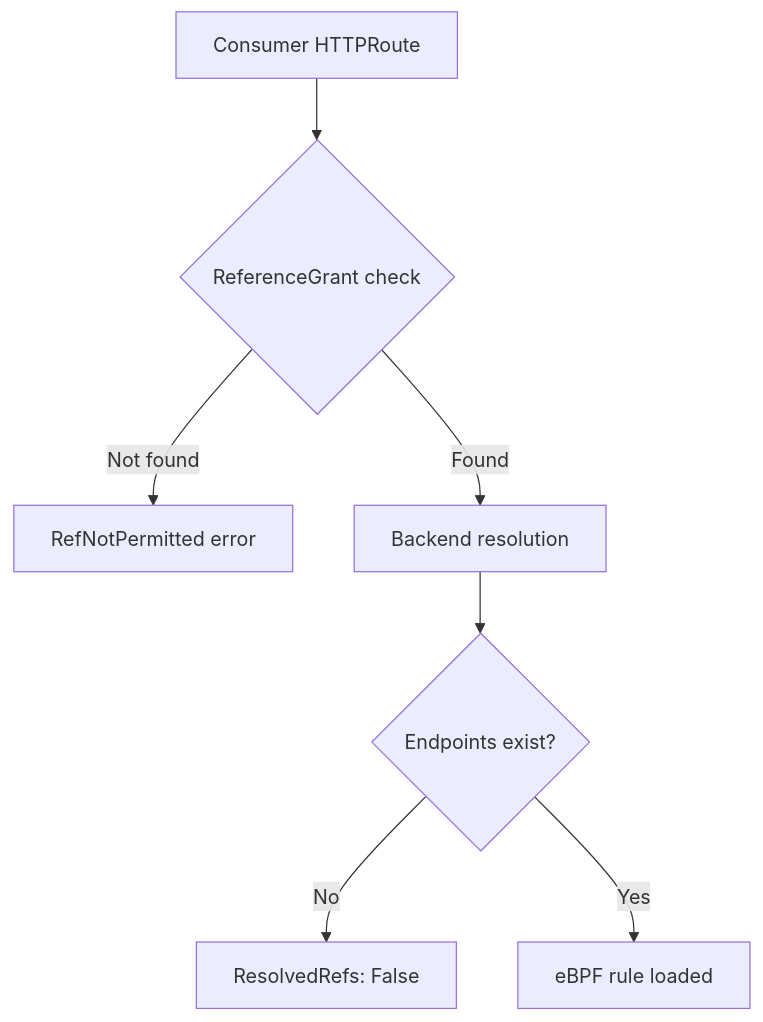
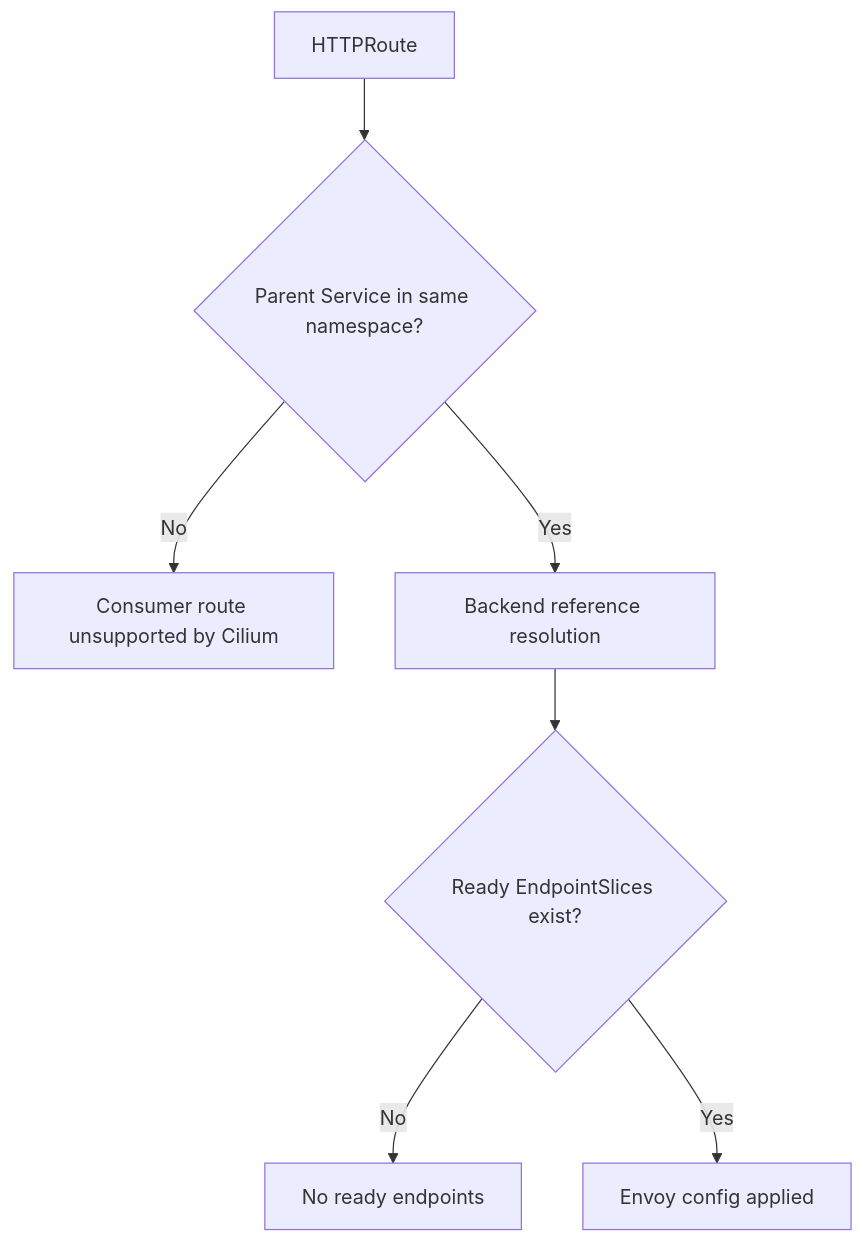
Before and after one commit to OneUptime/blog: the diagram in posts/2026-03-13-troubleshoot-types-gamma-cilium-gateway-api/README.md, drawn with Mermaid. The commit also changed other lines of this file and 2 other files, not shown here.

Commit message:
validate: 2026-03-13-troubleshoot-types-gamma-cilium-gateway-api

````diff
--- a/posts/2026-03-13-troubleshoot-types-gamma-cilium-gateway-api/README.md
+++ b/posts/2026-03-13-troubleshoot-types-gamma-cilium-gateway-api/README.md
@@ -53,9 +54,9 @@
 ```mermaid
 flowchart TD
-    A[Consumer HTTPRoute] --> B{ReferenceGrant check}
-    B -->|Not found| C[RefNotPermitted error]
-    B -->|Found| D[Backend resolution]
-    D --> E{Endpoints exist?}
-    E -->|No| F[ResolvedRefs: False]
-    E -->|Yes| G[eBPF rule loaded]
+    A[HTTPRoute] --> B{Parent Service in same namespace?}
+    B -->|No| C[Consumer route unsupported by Cilium]
+    B -->|Yes| D[Backend reference resolution]
+    D --> E{Ready EndpointSlices exist?}
+    E -->|No| F[No ready endpoints]
+    E -->|Yes| G[Envoy config applied]
 ```
````
